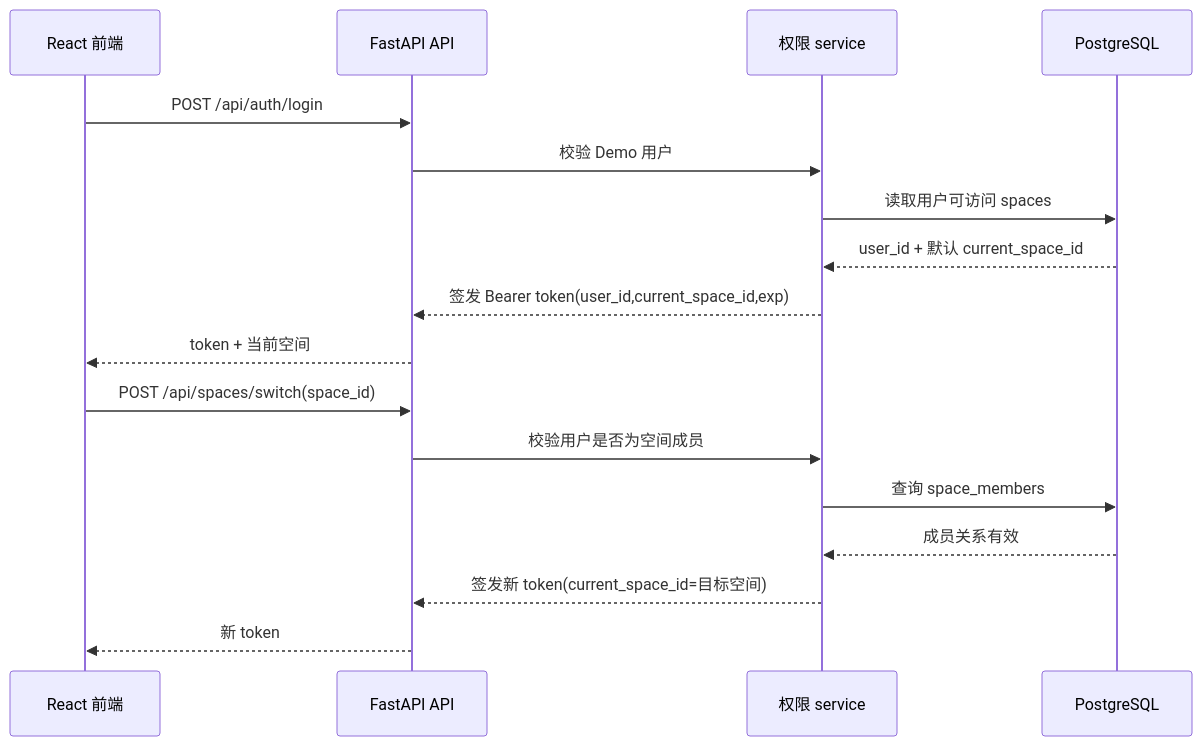
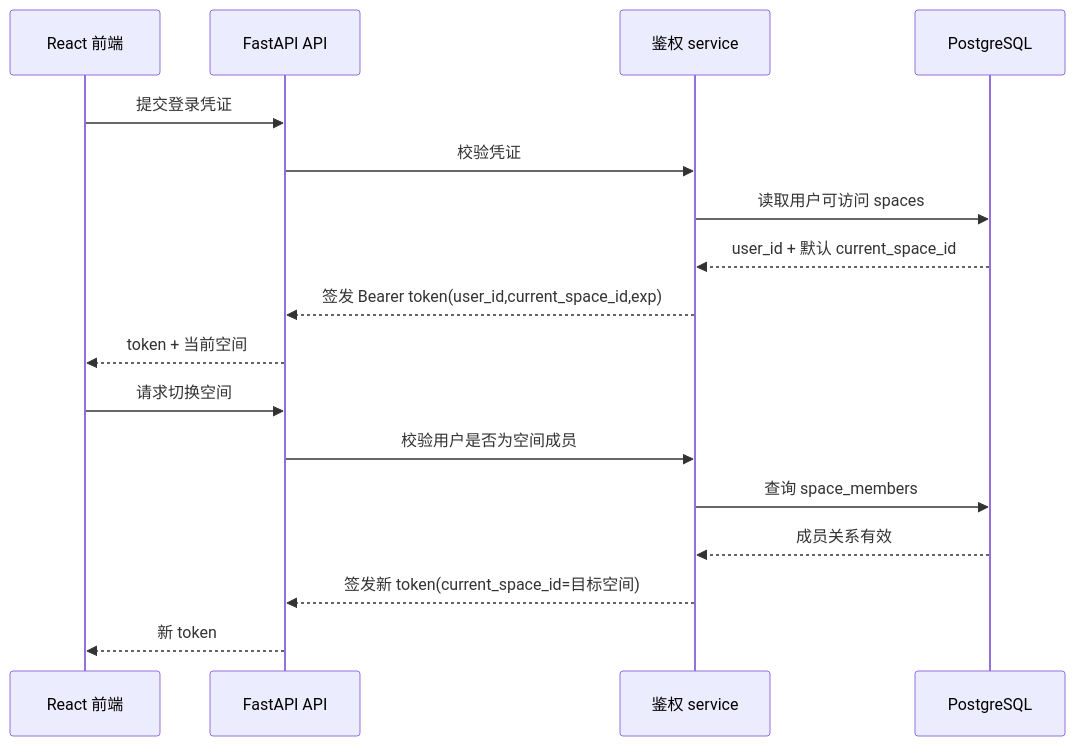
The fifth of 8 diagrams in docs/04-architecture.md (emily8421/LUMEN-DEMO), drawn with Mermaid before and after one commit. The commit also changed other lines of this file and 15 other files, not shown here.

First line of the commit message:
docs: OO 图纸 + 模板对齐调整（03/04 阶段收敛 + 02/04 骨架补齐） (#183)

````diff
--- a/docs/04-architecture.md
+++ b/docs/04-architecture.md
@@ -238,20 +252,20 @@
 ```mermaid
 sequenceDiagram
   participant Browser as React 前端
   participant API as FastAPI API
-  participant Auth as 权限 service
+  participant Auth as 鉴权 service
   participant DB as PostgreSQL
 
-  Browser->>API: POST /api/auth/login
-  API->>Auth: 校验 Demo 用户
+  Browser->>API: 提交登录凭证
+  API->>Auth: 校验凭证
   Auth->>DB: 读取用户可访问 spaces
   DB-->>Auth: user_id + 默认 current_space_id
   Auth-->>API: 签发 Bearer token(user_id,current_space_id,exp)
   API-->>Browser: token + 当前空间
-  Browser->>API: POST /api/spaces/switch(space_id)
+  Browser->>API: 请求切换空间
   API->>Auth: 校验用户是否为空间成员
   Auth->>DB: 查询 space_members
   DB-->>Auth: 成员关系有效
   Auth-->>API: 签发新 token(current_space_id=目标空间)
   API-->>Browser: 新 token
 ```
````
